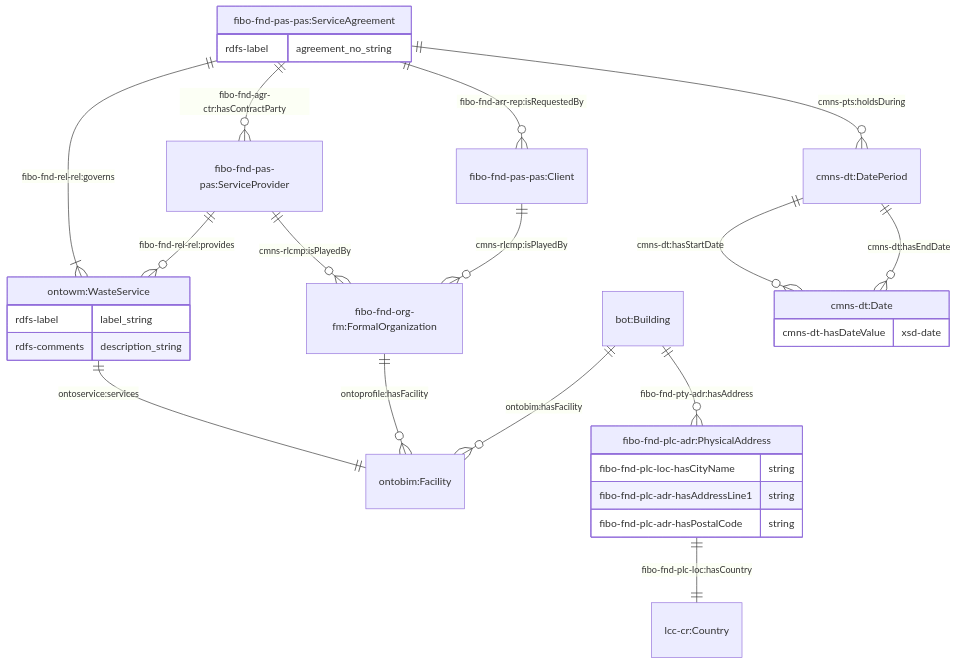
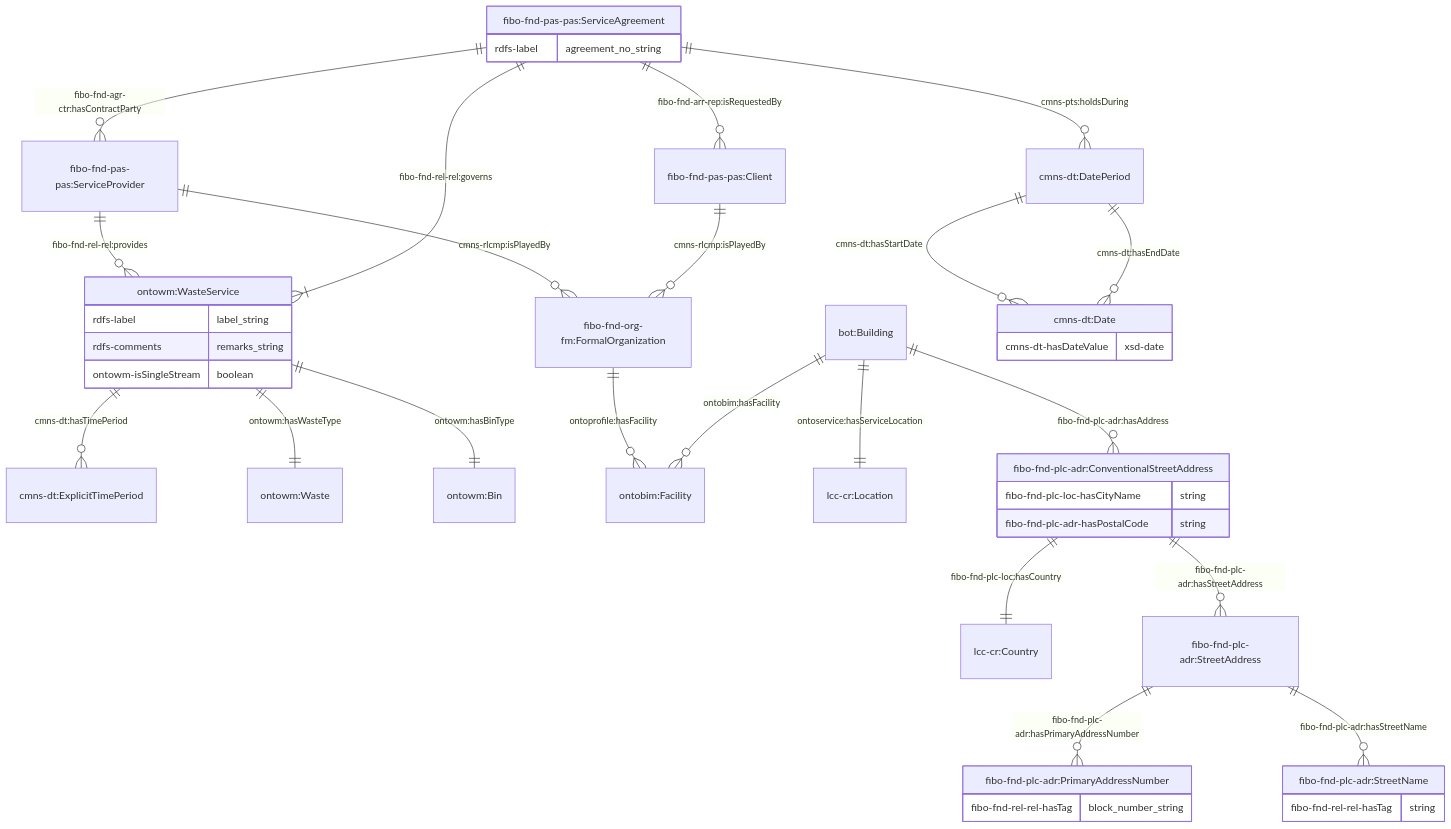
One commit to cambridge-cares/TheWorldAvatar changed the first of 9 diagrams in JPS_Ontology/ontology/ontowastemanagement/README.md. Above: the diagram before and after it, drawn with Mermaid. The commit also changed other lines of this file and 2 other files, not shown here.

Commit message:
dev-ontowastemanagement: Updated to follow latest iteration of ontoservice

````diff
--- a/JPS_Ontology/ontology/ontowastemanagement/README.md
+++ b/JPS_Ontology/ontology/ontowastemanagement/README.md
@@ -67,37 +67,51 @@
 ```mermaid
     erDiagram
     "fibo-fnd-pas-pas:ServiceAgreement" {
         rdfs-label agreement_no_string
     }
+    "fibo-fnd-pas-pas:ServiceAgreement" ||--o{ "fibo-fnd-pas-pas:Client" : "fibo-fnd-arr-rep:isRequestedBy"
+    "fibo-fnd-pas-pas:ServiceAgreement" ||--o{ "fibo-fnd-pas-pas:ServiceProvider" : "fibo-fnd-agr-ctr:hasContractParty"
+
+    "fibo-fnd-pas-pas:ServiceProvider" ||--o{ "fibo-fnd-org-fm:FormalOrganization"  : "cmns-rlcmp:isPlayedBy"
+    "fibo-fnd-pas-pas:ServiceProvider" ||--o{ "ontowm:WasteService"  : "fibo-fnd-rel-rel:provides"
+
+    "fibo-fnd-pas-pas:Client" ||--o{ "fibo-fnd-org-fm:FormalOrganization"  : "cmns-rlcmp:isPlayedBy"
+
     "fibo-fnd-pas-pas:ServiceAgreement" ||--|{ "ontowm:WasteService" : "fibo-fnd-rel-rel:governs"
+    "ontowm:WasteService" ||--o{ "cmns-dt:ExplicitTimePeriod" : "cmns-dt:hasTimePeriod"
+    "ontowm:WasteService" ||--|| "ontowm:Waste" : "ontowm:hasWasteType"
+    "ontowm:WasteService" ||--|| "ontowm:Bin" : "ontowm:hasBinType"
     "ontowm:WasteService" {
         rdfs-label label_string
-        rdfs-comments description_string
+        rdfs-comments remarks_string
+        ontowm-isSingleStream boolean
     }
-    "ontowm:WasteService" ||--|| "ontobim:Facility" : "ontoservice:services"
+
     "fibo-fnd-org-fm:FormalOrganization" ||--o{ "ontobim:Facility" : "ontoprofile:hasFacility "
 
+    "bot:Building" ||--|| "lcc-cr:Location" : "ontoservice:hasServiceLocation"
     "bot:Building" ||--o{ "ontobim:Facility" : "ontobim:hasFacility "
-    "bot:Building" ||--o{ "fibo-fnd-plc-adr:PhysicalAddress" : "fibo-fnd-pty-adr:hasAddress"
-    "fibo-fnd-plc-adr:PhysicalAddress" ||--|| "lcc-cr:Country" : "fibo-fnd-plc-loc:hasCountry"
-    "fibo-fnd-plc-adr:PhysicalAddress" {
+    "bot:Building" ||--o{ "fibo-fnd-plc-adr:ConventionalStreetAddress" : "fibo-fnd-plc-adr:hasAddress"
+    "fibo-fnd-plc-adr:ConventionalStreetAddress" ||--|| "lcc-cr:Country" : "fibo-fnd-plc-loc:hasCountry"
+    "fibo-fnd-plc-adr:ConventionalStreetAddress" ||--o{ "fibo-fnd-plc-adr:StreetAddress" : "fibo-fnd-plc-adr:hasStreetAddress"
+    "fibo-fnd-plc-adr:ConventionalStreetAddress" {
         fibo-fnd-plc-loc-hasCityName string
-        fibo-fnd-plc-adr-hasAddressLine1 string
         fibo-fnd-plc-adr-hasPostalCode string
+    }
+    "fibo-fnd-plc-adr:StreetAddress" ||--o{ "fibo-fnd-plc-adr:PrimaryAddressNumber" : "fibo-fnd-plc-adr:hasPrimaryAddressNumber"
+    "fibo-fnd-plc-adr:StreetAddress" ||--o{ "fibo-fnd-plc-adr:StreetName" : "fibo-fnd-plc-adr:hasStreetName"
+
+    "fibo-fnd-plc-adr:PrimaryAddressNumber" {
+        fibo-fnd-rel-rel-hasTag block_number_string
+    }
+    "fibo-fnd-plc-adr:StreetName" {
+        fibo-fnd-rel-rel-hasTag string
     }
 
     "fibo-fnd-pas-pas:ServiceAgreement" ||--o{ "cmns-dt:DatePeriod" : "cmns-pts:holdsDuring"
     "cmns-dt:DatePeriod" ||--o{ "cmns-dt:Date" : "cmns-dt:hasStartDate"
     "cmns-dt:DatePeriod" ||--o{ "cmns-dt:Date" : "cmns-dt:hasEndDate"
     "cmns-dt:Date" {
         cmns-dt-hasDateValue xsd-date
     }
-
-    "fibo-fnd-pas-pas:ServiceAgreement" ||--o{ "fibo-fnd-pas-pas:Client" : "fibo-fnd-arr-rep:isRequestedBy"
-    "fibo-fnd-pas-pas:ServiceAgreement" ||--o{ "fibo-fnd-pas-pas:ServiceProvider" : "fibo-fnd-agr-ctr:hasContractParty"
-
-    "fibo-fnd-pas-pas:ServiceProvider" ||--o{ "fibo-fnd-org-fm:FormalOrganization"  : "cmns-rlcmp:isPlayedBy"
-    "fibo-fnd-pas-pas:ServiceProvider" ||--o{ "ontowm:WasteService"  : "fibo-fnd-rel-rel:provides"
-
-    "fibo-fnd-pas-pas:Client" ||--o{ "fibo-fnd-org-fm:FormalOrganization"  : "cmns-rlcmp:isPlayedBy"
 ```
````
